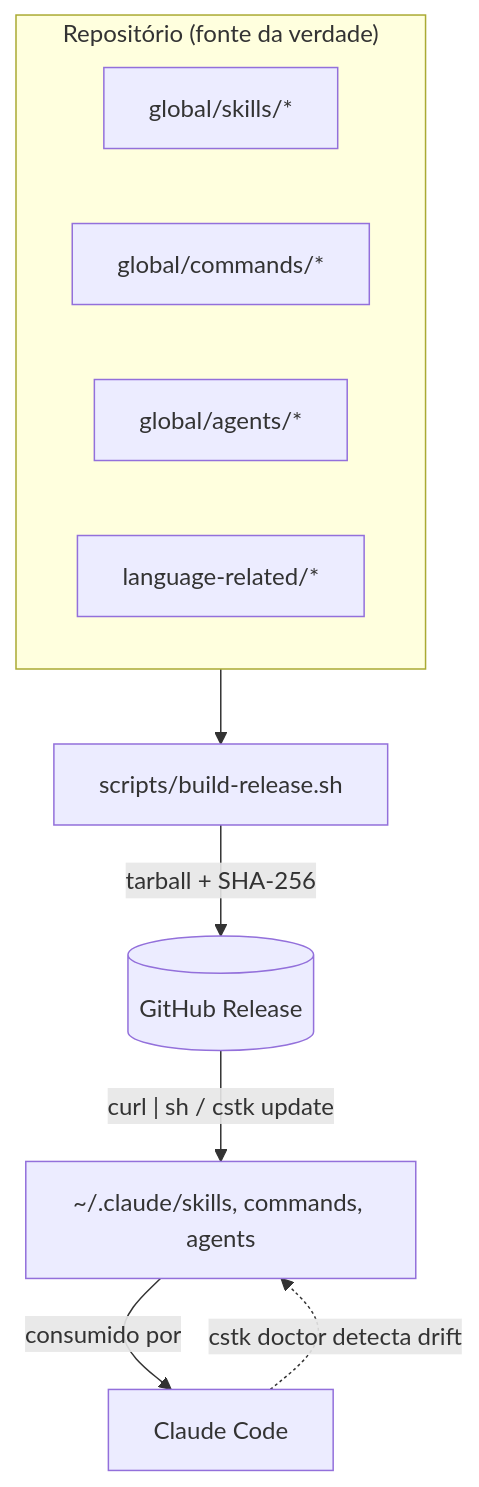
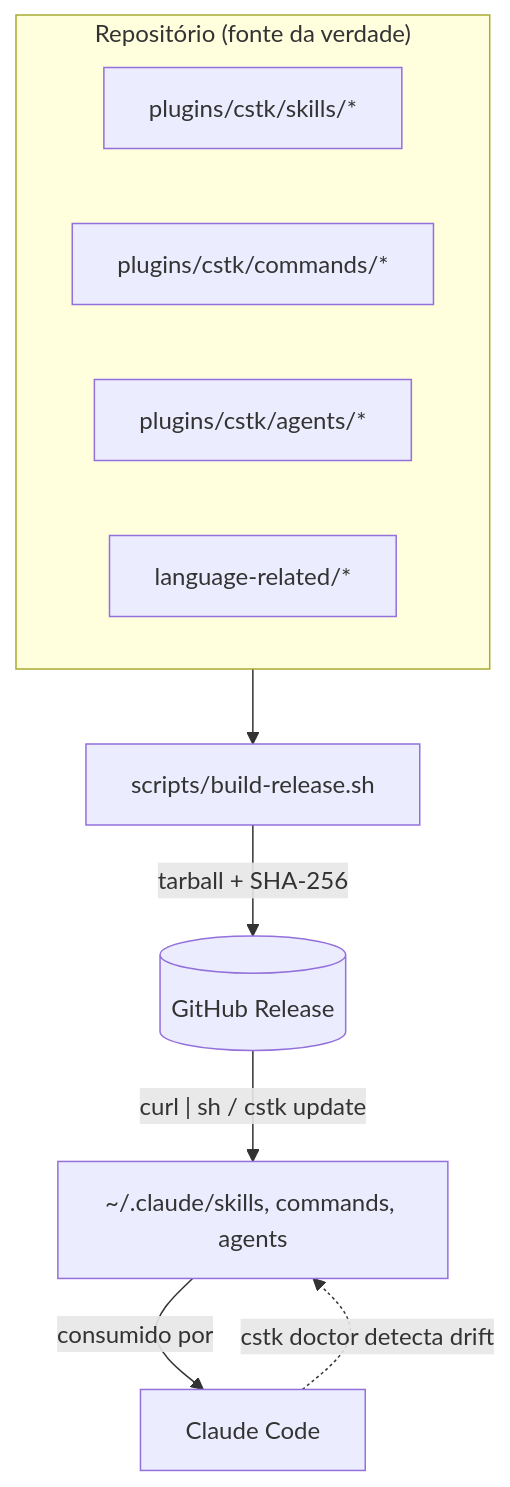
The first of 3 diagrams in CONTRIBUTING.pt-BR.md (JotJunior/cstk), drawn with Mermaid before and after one commit. The commit also changed other lines of this file and 356 other files, not shown here.

````diff
--- a/CONTRIBUTING.pt-BR.md
+++ b/CONTRIBUTING.pt-BR.md
@@ -31,14 +31,14 @@
 ```mermaid
 flowchart TD
     subgraph Fonte["Repositório (fonte da verdade)"]
-        S[global/skills/*]
-        C[global/commands/*]
-        A[global/agents/*]
+        S[plugins/cstk/skills/*]
+        C[plugins/cstk/commands/*]
+        A[plugins/cstk/agents/*]
         L[language-related/*]
     end
     BR[scripts/build-release.sh] -->|tarball + SHA-256| REL[(GitHub Release)]
     Fonte --> BR
     REL -->|"curl | sh / cstk update"| INST["~/.claude/skills, commands, agents"]
     INST -->|consumido por| CC[Claude Code]
     CC -.->|cstk doctor detecta drift| INST
 ```
````
